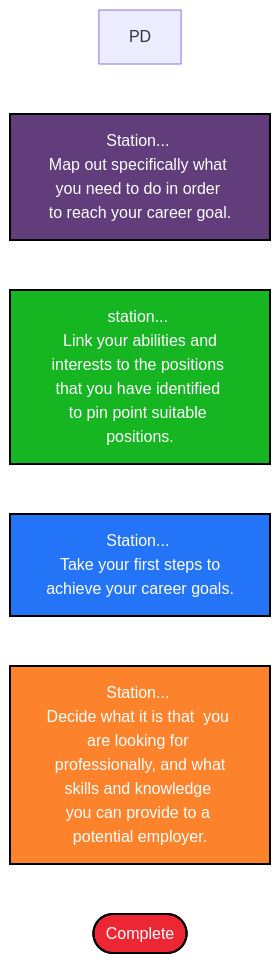
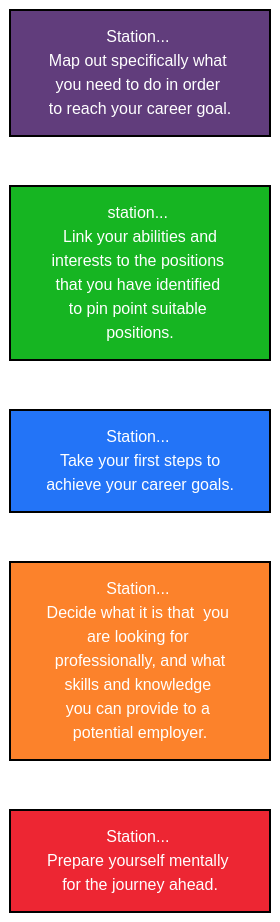
Before and after one commit to arulhuw/pd: the second of 2 diagrams in README.md, drawn with Mermaid. The commit also changed other lines of this file and 1 other file, not shown here.

````diff
--- a/README.md
+++ b/README.md
@@ -73,20 +81,16 @@
 ```mermaid
 flowchart LR
 
 classDef blue fill:#2374f7,stroke:#000,stroke-width:2px,color:#fff
 classDef purple fill:#613d7c,stroke:#000,stroke-width:2px,color:#fff
 classDef pink fill:#eb3dd6,stroke:#000,stroke-width:2px,color:#fff
 classDef orange fill:#fc822b,stroke:#000,stroke-width:2px,color:#fff
 classDef red fill:#ed2633,stroke:#000,stroke-width:2px,color:#fff
 classDef green fill:#16b522,stroke:#000,stroke-width:2px,color:#fff
 
-PD 
 a[Station... <br/>Map out specifically what you need to do in order <br/>to reach your career goal.]:::purple
 b[station... <br/> Link your abilities and interests to the positions <br/>that you have identified <br/>to pin point suitable positions.]:::green
 C[Station... <br/> Take your first steps to achieve your career goals.]:::blue
 d[Station... <br/>Decide what it is that  you are looking for <br/> professionally, and what skills and knowledge <br/>you can provide to a potential employer.]:::orange
-e([Complete]):::red
-
-
-
+e[Station... <br/>Prepare yourself mentally for the journey ahead.]:::red
 ```
````
